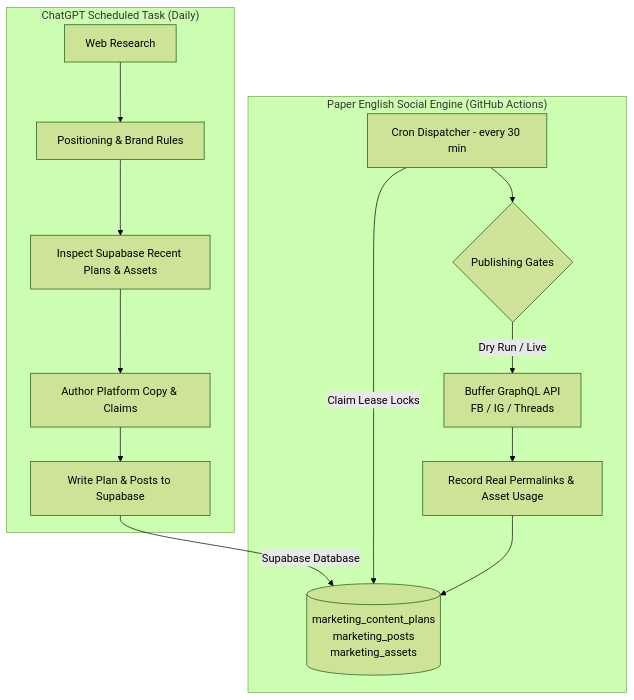
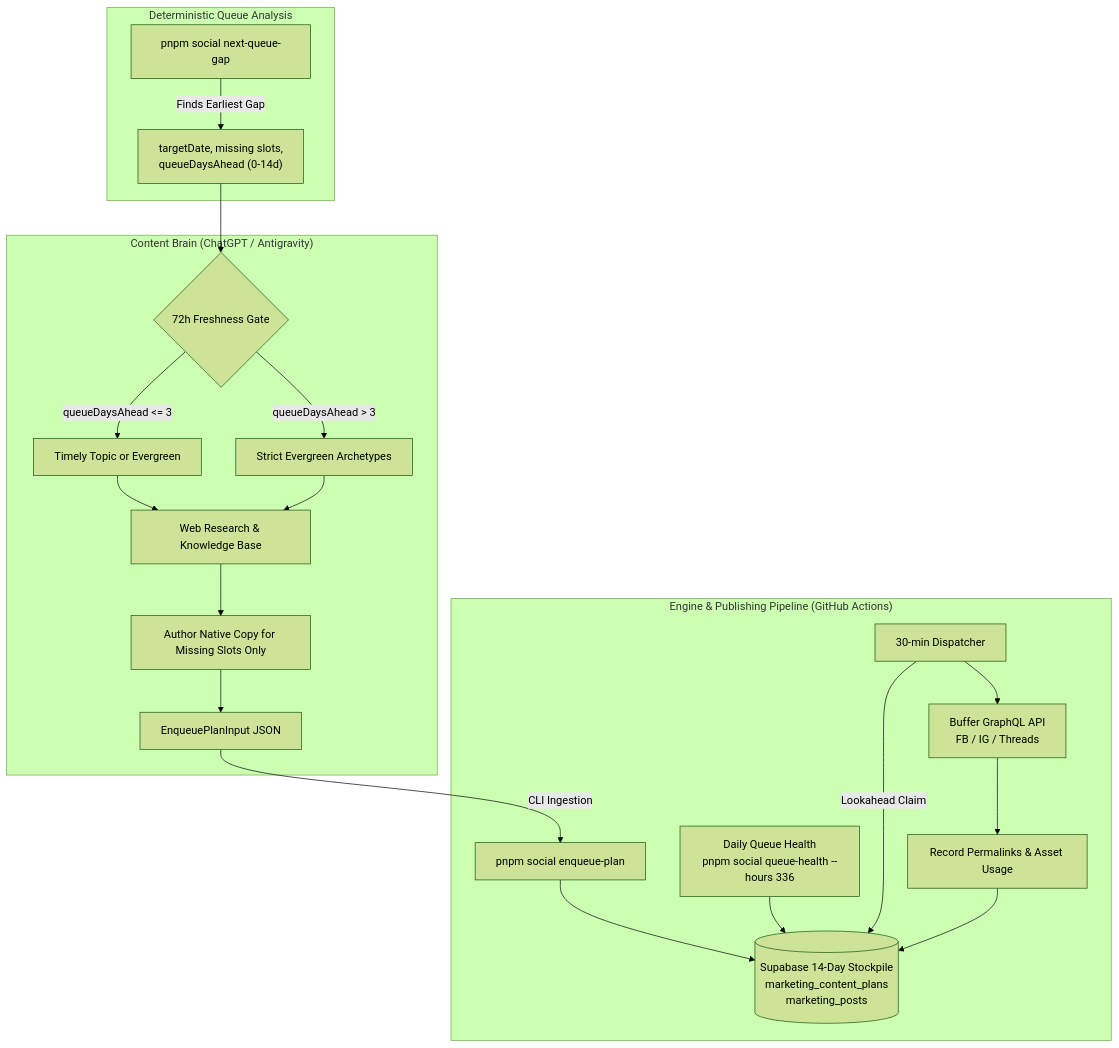
One commit to egger-meow/eng-poster changed the diagram in docs/SCHEDULER_SETUP.md. Above: the diagram before and after it, drawn with Mermaid (forest theme). The commit also changed other lines of this file and 4 other files, not shown here.

Commit message:
docs(contract): align master scheduler prompt and setup to queue-aware 14-day stockpile model

````diff
--- a/docs/SCHEDULER_SETUP.md
+++ b/docs/SCHEDULER_SETUP.md
@@ -9,18 +9,26 @@
 ```mermaid
 flowchart TD
-  subgraph Brain ["ChatGPT Scheduled Task (Daily)"]
-    A[Web Research] --> B[Positioning & Brand Rules]
-    B --> C[Inspect Supabase Recent Plans & Assets]
-    C --> D[Author Platform Copy & Claims]
-    D --> E[Write Plan & Posts to Supabase]
+  subgraph Discovery ["Deterministic Queue Analysis"]
+    QG[pnpm social next-queue-gap] -->|Finds Earliest Gap| GapInfo["targetDate, missing slots,\nqueueDaysAhead (0-14d)"]
   end
 
-  subgraph Engine ["Paper English Social Engine (GitHub Actions)"]
-    E -->|Supabase Database| F[(marketing_content_plans\nmarketing_posts\nmarketing_assets)]
-    G[Cron Dispatcher - every 30 min] -->|Claim Lease Locks| F
-    G --> H{Publishing Gates}
-    H -->|Dry Run / Live| I[Buffer GraphQL API\nFB / IG / Threads]
-    I --> J[Record Real Permalinks & Asset Usage]
-    J --> F
+  subgraph Brain ["Content Brain (ChatGPT / Antigravity)"]
+    GapInfo --> R{72h Freshness Gate}
+    R -->|queueDaysAhead <= 3| T[Timely Topic or Evergreen]
+    R -->|queueDaysAhead > 3| E[Strict Evergreen Archetypes]
+    T --> W[Web Research & Knowledge Base]
+    E --> W
+    W --> P[Author Native Copy for Missing Slots Only]
+    P --> JSON[EnqueuePlanInput JSON]
+  end
+
+  subgraph Engine ["Engine & Publishing Pipeline (GitHub Actions)"]
+    JSON -->|CLI Ingestion| EP[pnpm social enqueue-plan]
+    EP --> DB[(Supabase 14-Day Stockpile\nmarketing_content_plans\nmarketing_posts)]
+    QH[Daily Queue Health\npnpm social queue-health --hours 336] --> DB
+    Cron[30-min Dispatcher] -->|Lookahead Claim| DB
+    Cron --> Buffer[Buffer GraphQL API\nFB / IG / Threads]
+    Buffer --> Reconcile[Record Permalinks & Asset Usage]
+    Reconcile --> DB
   end
 ```
````
